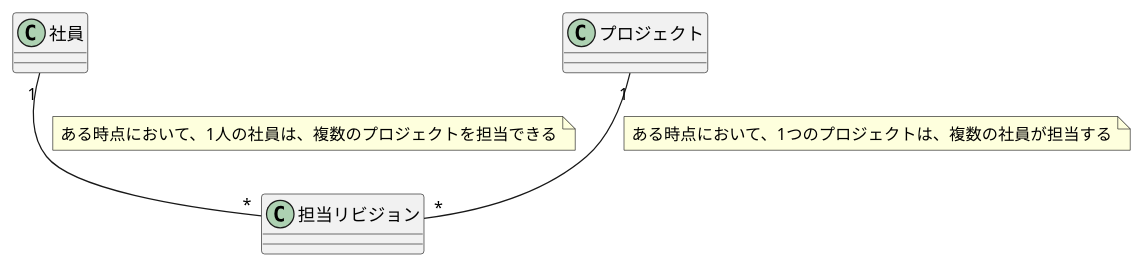
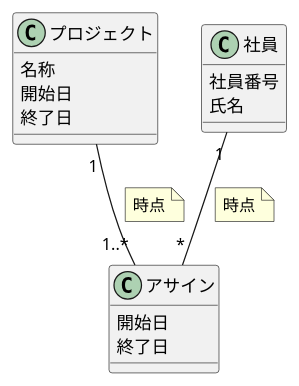
One commit to yinm/uml-modeling-lesson changed the diagram in ch11/excercise/11-2.puml. Above: the diagram before and after it, drawn with PlantUML. The commit also changed 2 other files, not shown here.

```diff
--- a/ch11/excercise/11-2.puml
+++ b/ch11/excercise/11-2.puml
@@ -1,13 +1,25 @@
 @startuml
 
-class 社員
-class プロジェクト
-class 担当リビジョン
+class プロジェクト {
+  名称
+  開始日
+  終了日
+}
 
-社員 "1"--"*" 担当リビジョン
-note on link : ある時点において、1人の社員は、複数のプロジェクトを担当できる
+class アサイン {
+  開始日
+  終了日
+}
 
-プロジェクト "1"--"*" 担当リビジョン
-note on link : ある時点において、1つのプロジェクトは、複数の社員が担当する
+class 社員 {
+  社員番号
+  氏名
+}
+
+プロジェクト "1"--"1..*" アサイン
+note on link : 時点
+
+社員 "1"--"*" アサイン
+note on link : 時点
 
 @enduml
```
